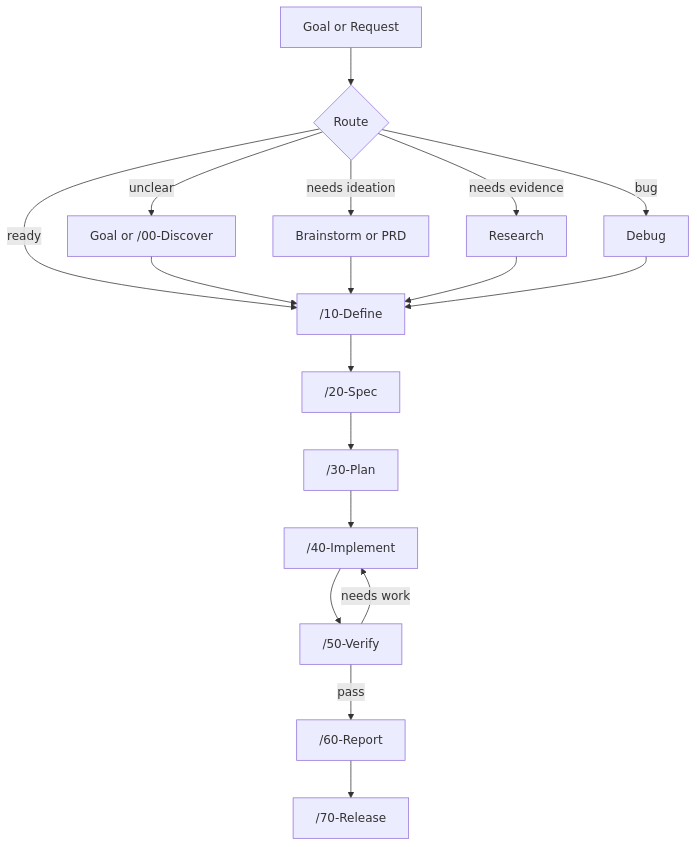
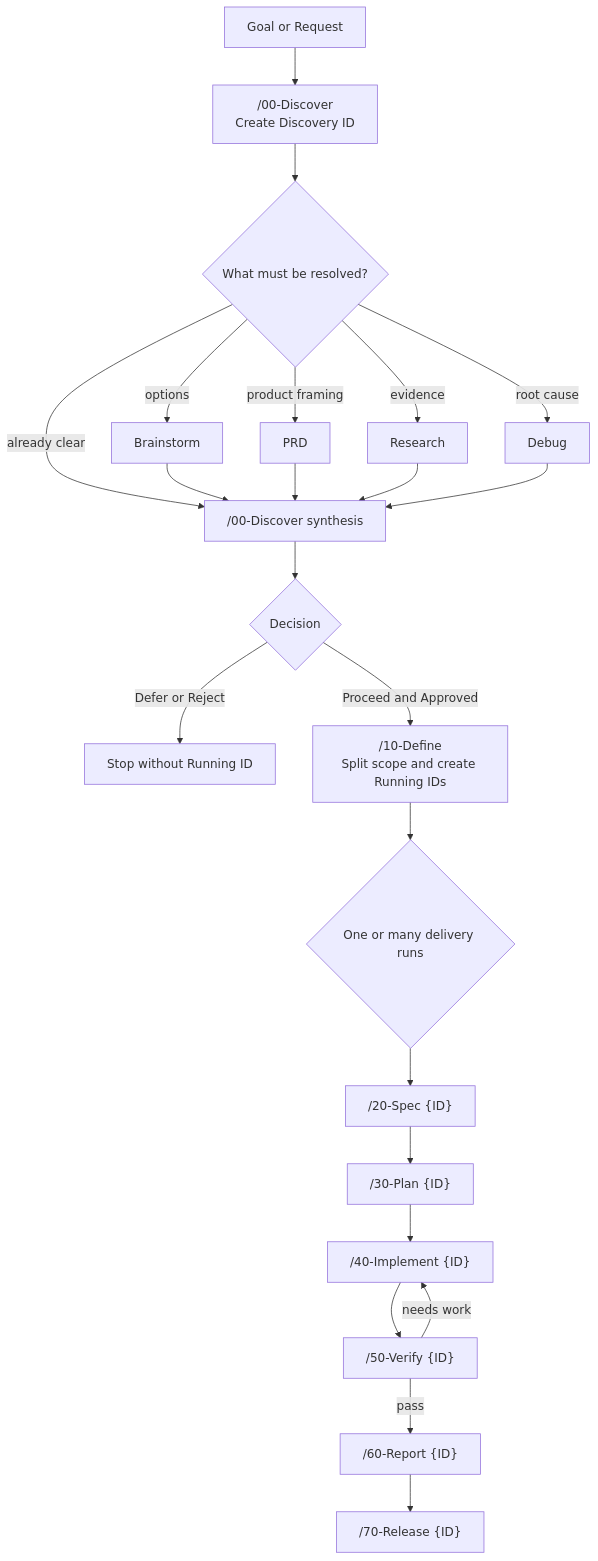
Before and after one commit to Jakkrich/nexus-devflow: the diagram in README.md, drawn with Mermaid. The commit also changed other lines of this file and 80 other files, not shown here.

````diff
--- a/README.md
+++ b/README.md
@@ -107,20 +108,25 @@
 ```mermaid
-graph TD
-    A["Goal or Request"] --> B{"Route"}
-    B -->|unclear| C["Goal or /00-Discover"]
-    B -->|needs ideation| D["Brainstorm or PRD"]
-    B -->|needs evidence| E["Research"]
-    B -->|bug| F["Debug"]
-    B -->|ready| G["/10-Define"]
-    C --> G
-    D --> G
-    E --> G
-    F --> G
-    G --> H["/20-Spec"]
-    H --> I["/30-Plan"]
-    I --> J["/40-Implement"]
-    J --> K["/50-Verify"]
-    K -->|pass| L["/60-Report"]
-    K -->|needs work| J
-    L --> M["/70-Release"]
+flowchart TD
+    A["Goal or Request"] --> D0["/00-Discover<br/>Create Discovery ID"]
+    D0 --> R{"What must be resolved?"}
+    R -->|options| B["Brainstorm"]
+    R -->|product framing| P["PRD"]
+    R -->|evidence| E["Research"]
+    R -->|root cause| X["Debug"]
+    R -->|already clear| S["/00-Discover synthesis"]
+    B --> S
+    P --> S
+    E --> S
+    X --> S
+    S --> Q{"Decision"}
+    Q -->|Defer or Reject| Z["Stop without Running ID"]
+    Q -->|Proceed and Approved| D10["/10-Define<br/>Split scope and create Running IDs"]
+    D10 --> F{"One or many delivery runs"}
+    F --> D20["/20-Spec {ID}"]
+    D20 --> D30["/30-Plan {ID}"]
+    D30 --> D40["/40-Implement {ID}"]
+    D40 --> D50["/50-Verify {ID}"]
+    D50 -->|pass| D60["/60-Report {ID}"]
+    D50 -->|needs work| D40
+    D60 --> D70["/70-Release {ID}"]
 ```
````
